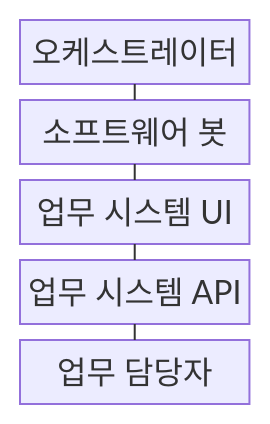
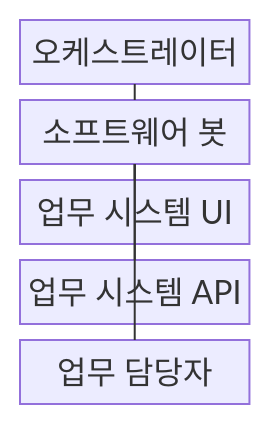
One commit to agnusdei1207/knowledge-base changed the first of 2 diagrams in src/content/docs/notes/03-software/209_rpa.md. Above: the diagram before and after it, drawn with Mermaid. The commit also changed other lines of this file and 20 other files, not shown here.

````diff
--- a/src/content/docs/notes/03-software/209_rpa.md
+++ b/src/content/docs/notes/03-software/209_rpa.md
@@ -53,13 +55,13 @@
 ```mermaid
 block-beta
     columns 1
     A["오케스트레이터"]
     B["소프트웨어 봇"]
     C["업무 시스템 UI"]
     D["업무 시스템 API"]
     E["업무 담당자"]
     A --- B
     B --- C
-    C --- D
-    D --- E
+    B --- D
+    B --- E
 ```
````
